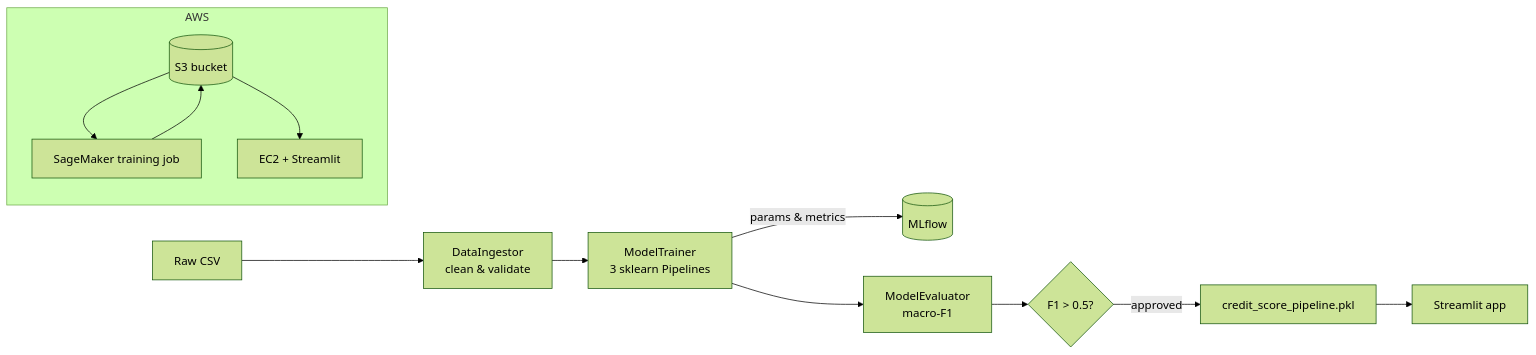
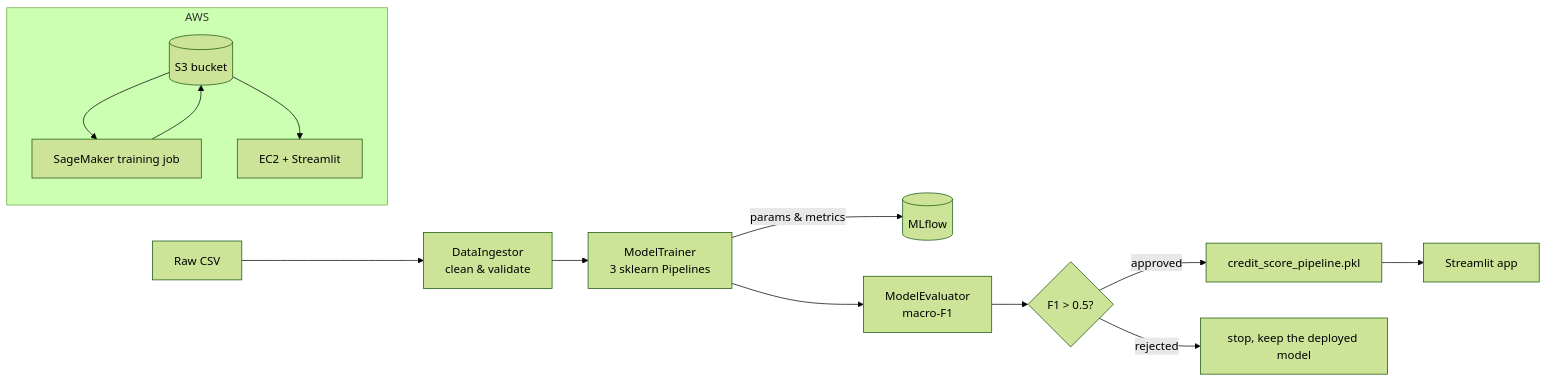
One commit to dextrafaren66-cmyk/data-science-portfolio changed the diagram in credit-score-mlops/README.md. Above: the diagram before and after it, drawn with Mermaid (forest theme). The commit also changed other lines of this file and 20 other files, not shown here.

````diff
--- a/credit-score-mlops/README.md
+++ b/credit-score-mlops/README.md
@@ -32,15 +43,16 @@
 ```mermaid
 flowchart LR
     A[Raw CSV] --> B[DataIngestor<br/>clean & validate]
     B --> C[ModelTrainer<br/>3 sklearn Pipelines]
     C -->|params & metrics| M[(MLflow)]
     C --> D[ModelEvaluator<br/>macro-F1]
     D --> E{F1 > 0.5?}
     E -->|approved| F[credit_score_pipeline.pkl]
+    E -->|rejected| X[stop, keep the deployed model]
     F --> G[Streamlit app]
     subgraph AWS
       S3[(S3 bucket)] --> SM[SageMaker training job]
       SM --> S3
       S3 --> EC2[EC2 + Streamlit]
     end
 ```
````
